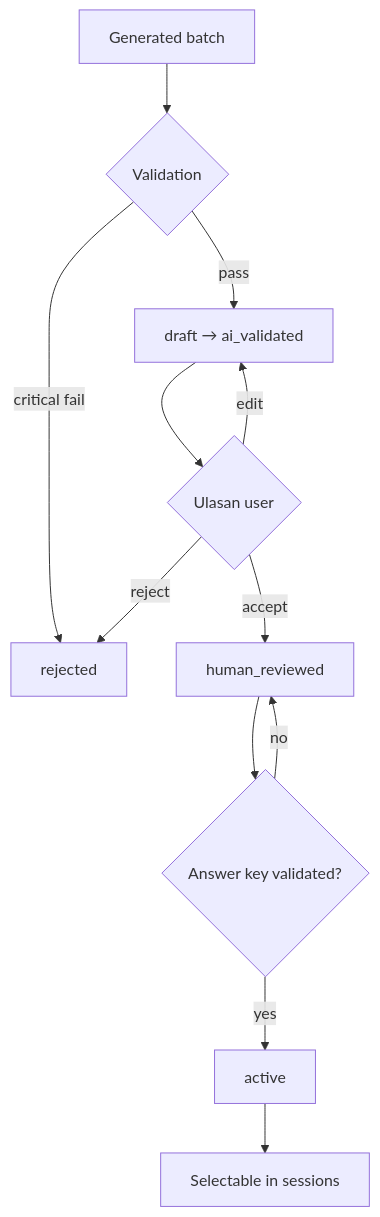
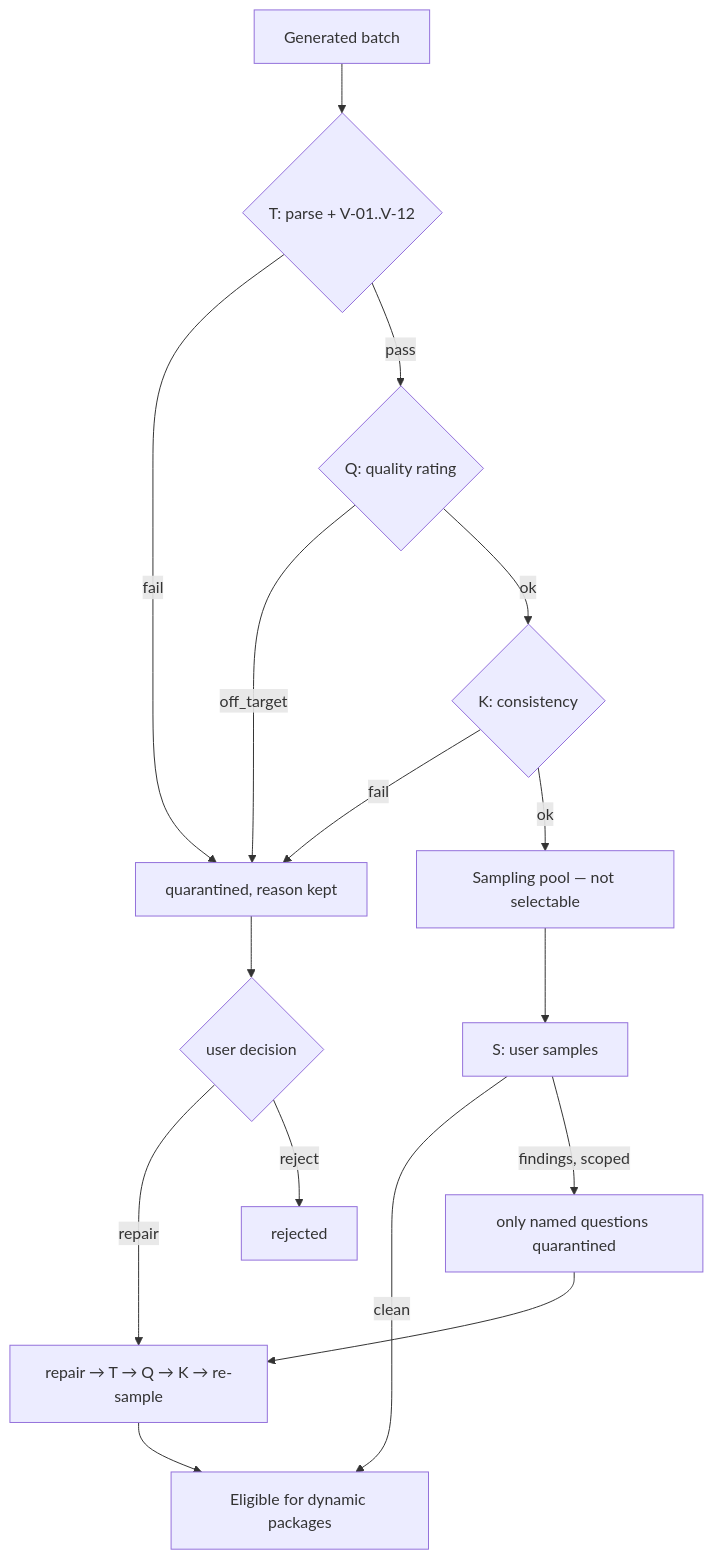
Before and after one commit to Sakbanullah/tryoutsim: the fifth of 8 diagrams in docs/product/USER_JOURNEYS.md, drawn with Mermaid. The commit also changed other lines of this file and 74 other files, not shown here.

````diff
--- a/docs/product/USER_JOURNEYS.md
+++ b/docs/product/USER_JOURNEYS.md
@@ -119,14 +133,18 @@
 ```mermaid
 flowchart TD
-  G[Generated batch] --> V{Validation}
-  V -->|critical fail| X[rejected]
-  V -->|pass| DV[draft → ai_validated]
-  DV --> H{Ulasan user}
-  H -->|reject| X
-  H -->|edit| DV
-  H -->|accept| HR[human_reviewed]
-  HR --> K{Answer key validated?}
-  K -->|no| HR
-  K -->|yes| ACT[active]
-  ACT --> SESS[Selectable in sessions]
+  G[Generated batch] --> T{T: parse + V-01..V-12}
+  T -->|fail| Q[quarantined, reason kept]
+  T -->|pass| QQ{Q: quality rating}
+  QQ -->|off_target| Q
+  QQ -->|ok| K{K: consistency}
+  K -->|fail| Q
+  K -->|ok| POOL[Sampling pool — not selectable]
+  POOL --> S[S: user samples]
+  S -->|clean| LIVE[Eligible for dynamic packages]
+  S -->|findings, scoped| FIX[only named questions quarantined]
+  FIX --> RE[repair → T → Q → K → re-sample]
+  RE --> LIVE
+  Q --> REPAIR{user decision}
+  REPAIR -->|repair| RE
+  REPAIR -->|reject| X[rejected]
 ```
````
